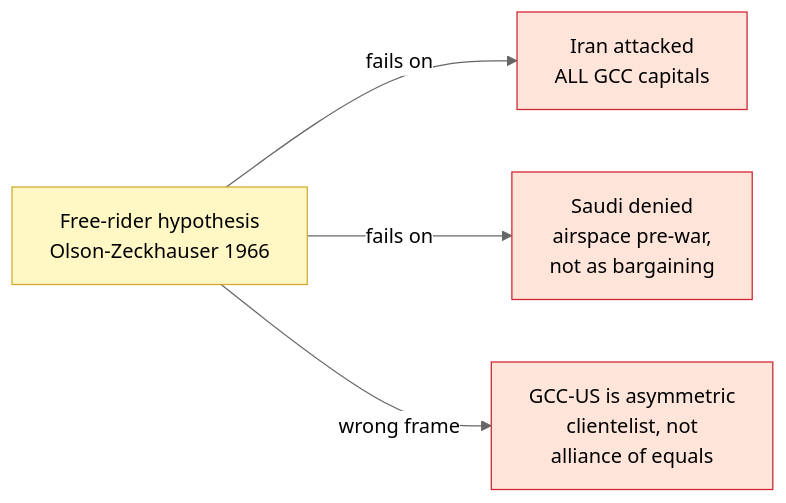
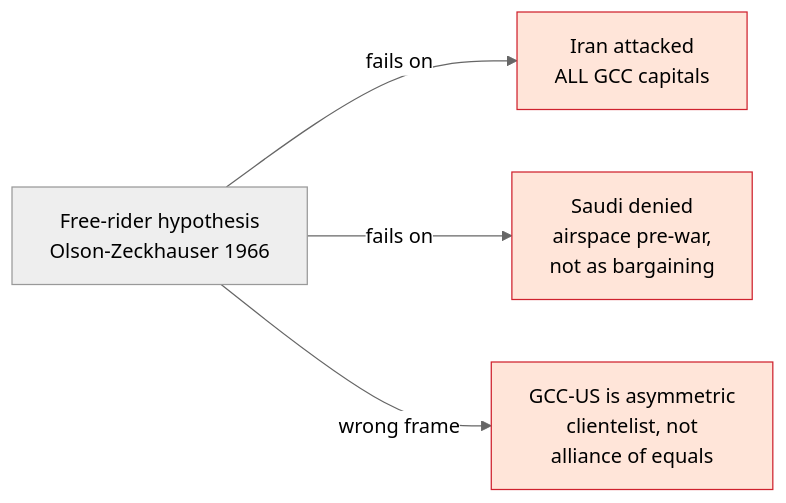
The second of 5 diagrams in analyses/q12-4-gulf-paradox.qmd (Owc1272/game-theory-2026-iran-war), drawn with Mermaid (neutral theme) before and after one commit. The commit also changed other lines of this file and 5 other files, not shown here.

Commit message:
Mermaid SVG nodes as gloss triggers: F (Stage 2), L/P/G/D (Stage 3), Ibish I + M1 (Stage 4); add 7th gloss entry for Ibish post-war retaliation risk

````diff
--- a/analyses/q12-4-gulf-paradox.qmd
+++ b/analyses/q12-4-gulf-paradox.qmd
@@ -72,14 +72,15 @@
 ```{mermaid}
 flowchart LR
   F[Free-rider hypothesis<br/>Olson-Zeckhauser 1966]
   E1[Iran attacked<br/>ALL GCC capitals]
   E2[Saudi denied<br/>airspace pre-war,<br/>not as bargaining]
   E3[GCC-US is asymmetric<br/>clientelist, not<br/>alliance of equals]
   F -->|fails on| E1
   F -->|fails on| E2
   F -->|wrong frame| E3
   classDef bad fill:#fff8c5,stroke:#d4a72c
   classDef ev fill:#ffe5d9,stroke:#cf222e
-  class F bad
+  classDef gt-gloss-olson-zeckhauser stroke-dasharray:0
+  class F bad,gt-gloss-olson-zeckhauser
   class E1,E2,E3 ev
 ```
````
